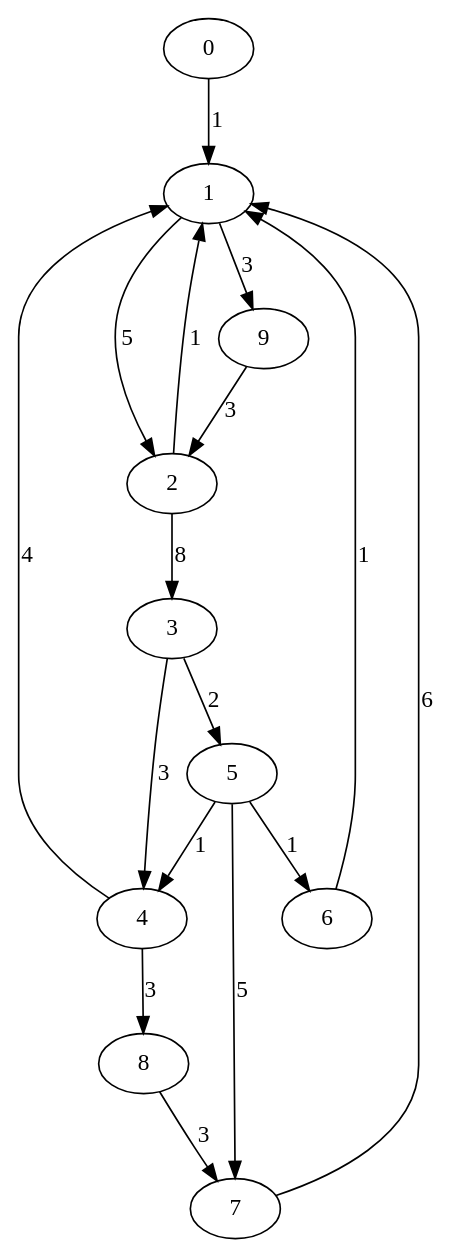
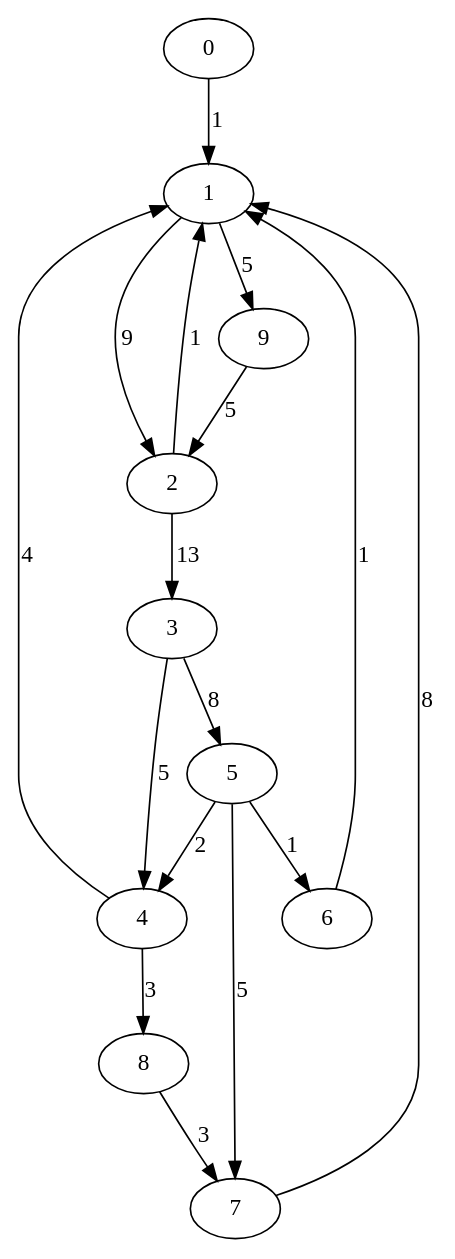
Before and after one commit to abemac/verilog-to-fsm: the diagram in state_encoding/yuan_alg/run/graph0.dot, drawn with Graphviz. The commit also changed 6 other files, not shown here.

```diff
--- a/state_encoding/yuan_alg/run/graph0.dot
+++ b/state_encoding/yuan_alg/run/graph0.dot
@@ -1,18 +1,18 @@
 digraph fsm {
 0 -> 1 [label="1"];
-1 -> 2 [label="5"];
-1 -> 9 [label="3"];
+1 -> 2 [label="9"];
+1 -> 9 [label="5"];
 2 -> 1 [label="1"];
-2 -> 3 [label="8"];
-3 -> 5 [label="2"];
-3 -> 4 [label="3"];
+2 -> 3 [label="13"];
+3 -> 5 [label="8"];
+3 -> 4 [label="5"];
 4 -> 1 [label="4"];
 4 -> 8 [label="3"];
-5 -> 4 [label="1"];
+5 -> 4 [label="2"];
 5 -> 7 [label="5"];
 5 -> 6 [label="1"];
 6 -> 1 [label="1"];
-7 -> 1 [label="6"];
+7 -> 1 [label="8"];
 8 -> 7 [label="3"];
-9 -> 2 [label="3"];
+9 -> 2 [label="5"];
 }
```
